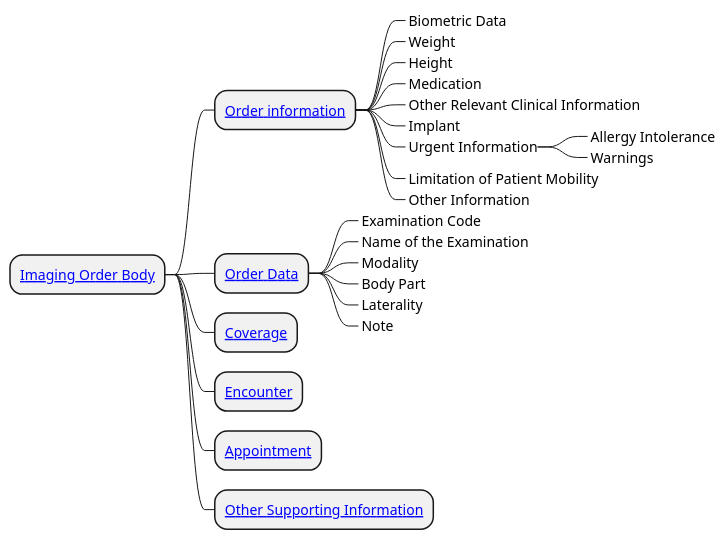
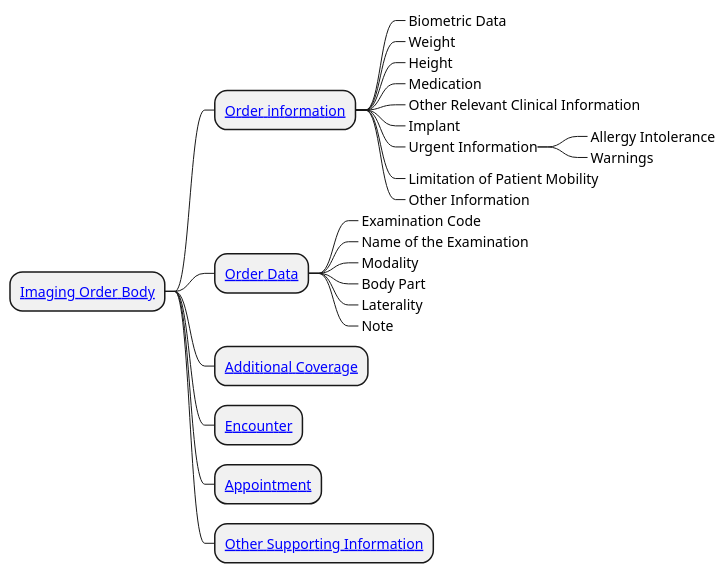
The diagram in input/images-source/imgOrderBody_CIM.plantuml (pvrana/img-order), drawn with PlantUML before and after one commit. The commit also changed 3 other files, not shown here.

```diff
--- a/input/images-source/imgOrderBody_CIM.plantuml
+++ b/input/images-source/imgOrderBody_CIM.plantuml
@@ -1,28 +1,28 @@
 @startmindmap
 skinparam topurl StructureDefinition-
 
 * [[BodyImageOrderCz.html Imaging Order Body]]
 ** [[SupportingInformationImageOrderCz.html Order information]]
 ***_ Biometric Data
 ***_ Weight
 ***_ Height
 ***_ Medication
 ***_ Other Relevant Clinical Information
 ***_ Implant
 ***_ Urgent Information
 ****_ Allergy Intolerance
 ****_ Warnings
 ***_ Limitation of Patient Mobility
 ***_ Other Information
 ** [[OrderDataElementsCz.html Order Data]]
 ***_ Examination Code
 ***_ Name of the Examination
 ***_ Modality
 ***_ Body Part
 ***_ Laterality
 ***_ Note
-** [[CoverageBodyCz.html Coverage]]
+** [[CoverageBodyCz.html Additional Coverage]]
 ** [[EncounterCz.html Encounter]]
 ** [[AppointmentCz.html Appointment]]
 ** [[OtherSupportingInformationCz.html Other Supporting Information]]
 @endmindmap
```
